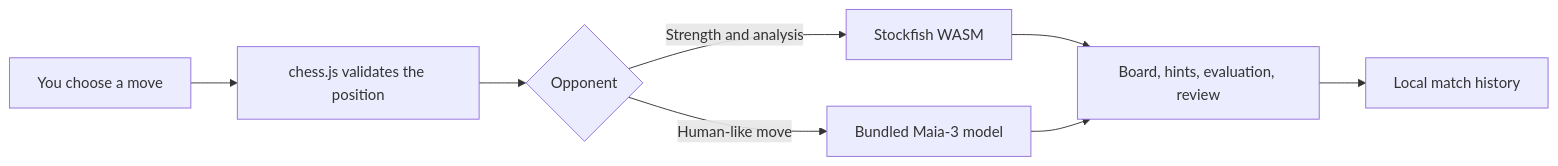
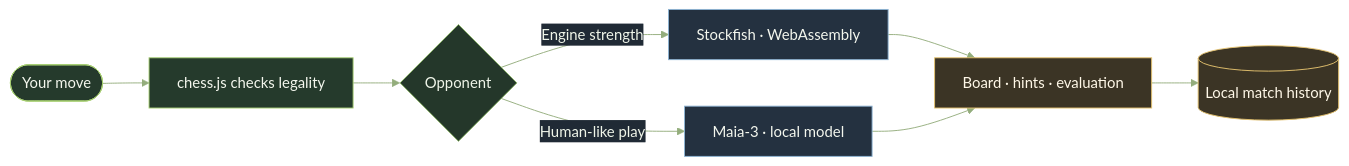
Before and after one commit to harshpreett/stockfish_helper: the first of 2 diagrams in README.md, drawn with Mermaid. The commit also changed other lines of this file, not shown here.

````diff
--- a/README.md
+++ b/README.md
@@ -21,10 +34,17 @@
 ```mermaid
+%%{init: {'theme':'base','themeVariables': {'primaryColor':'#24372a','primaryTextColor':'#eff5e9','primaryBorderColor':'#8fb86a','lineColor':'#94ad7c','secondaryColor':'#202a35','tertiaryColor':'#33302a'}}}%%
 flowchart LR
-  You[You choose a move] --> Rules[chess.js validates the position]
-  Rules --> Engine{Opponent}
-  Engine -->|Strength and analysis| SF[Stockfish WASM]
-  Engine -->|Human-like move| Maia[Bundled Maia-3 model]
-  SF --> UI[Board, hints, evaluation, review]
-  Maia --> UI
-  UI --> Saved[Local match history]
+  You([Your move]) --> Rules[chess.js checks legality]
+  Rules --> Choice{Opponent}
+  Choice -->|Engine strength| SF[Stockfish · WebAssembly]
+  Choice -->|Human-like play| Maia[Maia-3 · local model]
+  SF --> View[Board · hints · evaluation]
+  Maia --> View
+  View --> History[(Local match history)]
+  classDef input fill:#253a2c,stroke:#a7cf73,color:#f4f7ee
+  classDef engine fill:#243140,stroke:#8db3d3,color:#f4f7ee
+  classDef output fill:#3b3425,stroke:#e6c36f,color:#fff8e8
+  class You,Rules input
+  class SF,Maia engine
+  class View,History output
 ```
````
